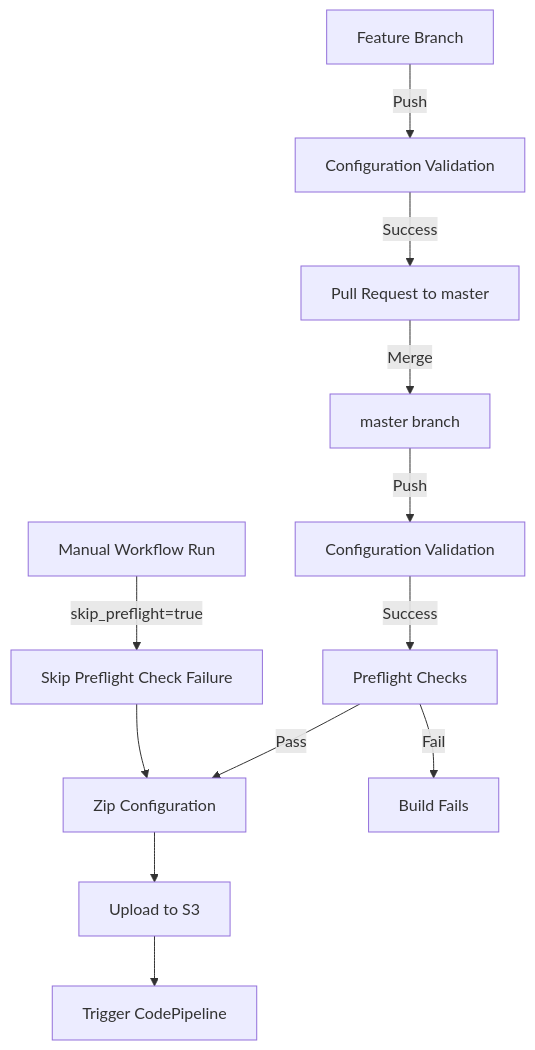
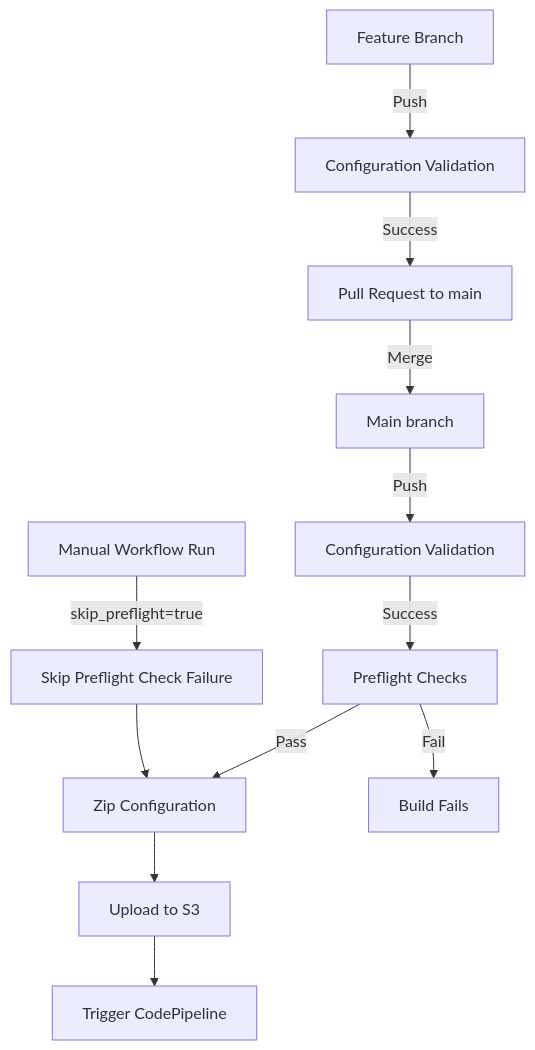
The diagram in README.md (tnhtnh/example-aws-landing-zone-accelerator-pipeline), drawn with Mermaid before and after one commit. The commit also changed other lines of this file and 1 other file, not shown here.

````diff
--- a/README.md
+++ b/README.md
@@ -37,14 +37,14 @@
 ```mermaid
 graph TD
     A[Feature Branch] -->|Push| B[Configuration Validation]
-    B -->|Success| C[Pull Request to master]
-    C -->|Merge| D[master branch]
+    B -->|Success| C[Pull Request to main]
+    C -->|Merge| D[Main branch]
     D -->|Push| E[Configuration Validation]
     E -->|Success| F[Preflight Checks]
     F -->|Pass| G[Zip Configuration]
     G --> H[Upload to S3]
     H --> I[Trigger CodePipeline]
     F -->|Fail| J[Build Fails]
     K[Manual Workflow Run] -->|skip_preflight=true| L[Skip Preflight Check Failure]
     L --> G
 ```
````
